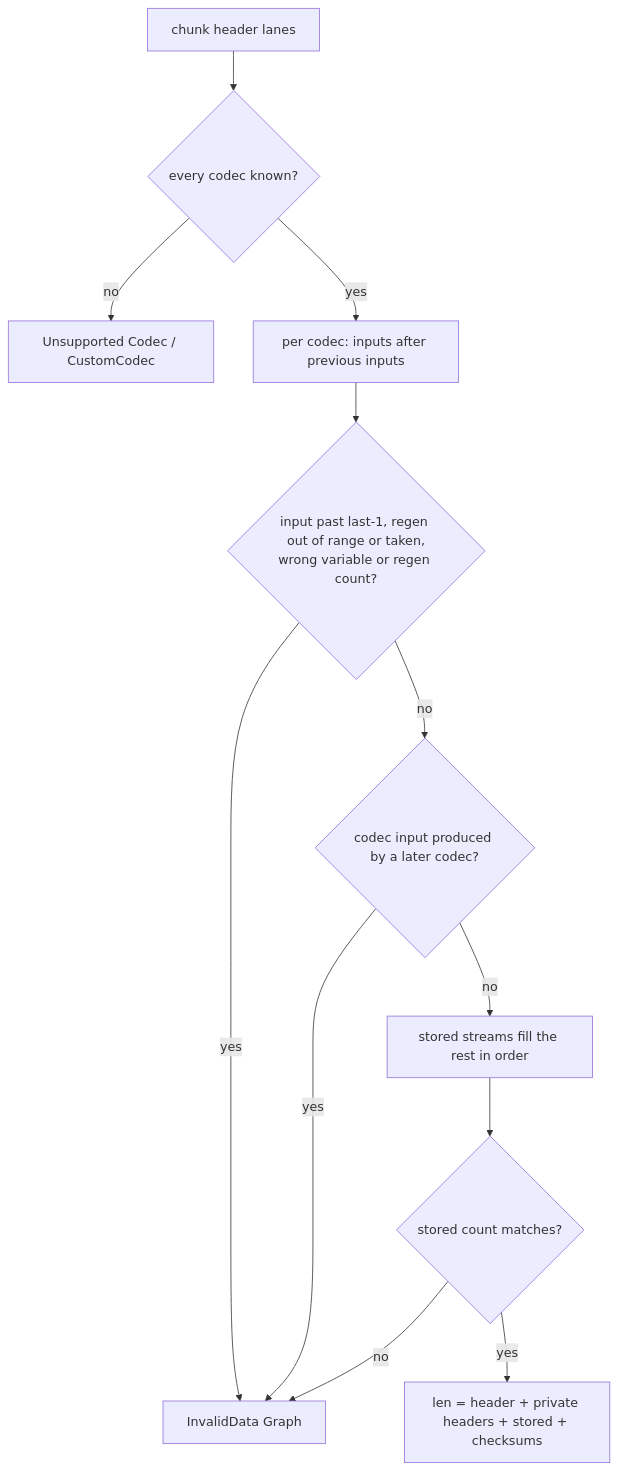
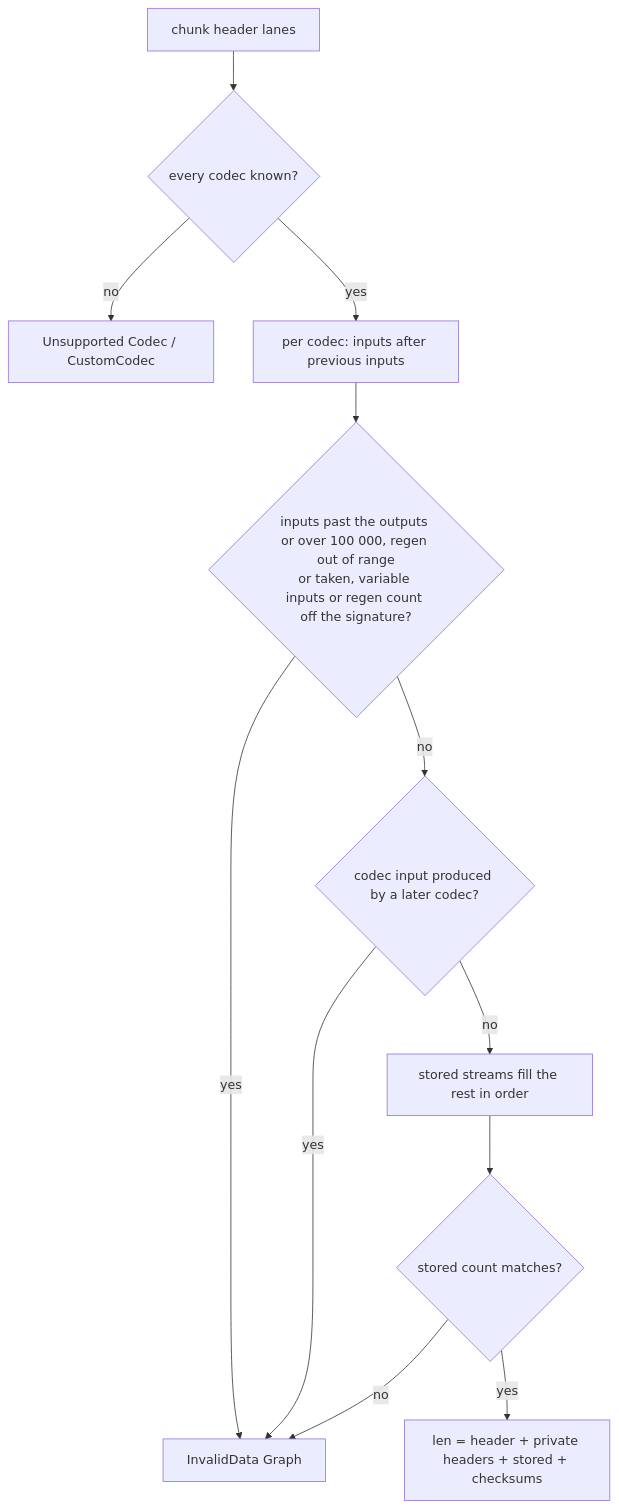
One commit to M-Compressors/mopenzl changed the second of 6 diagrams in architecture/decompressor.md. Above: the diagram before and after it, drawn with Mermaid. The commit also changed other lines of this file and 784 other files, not shown here.

Commit message:
Support graph with all codecs

````diff
--- a/architecture/decompressor.md
+++ b/architecture/decompressor.md
@@ -53,14 +70,14 @@
 ```mermaid
 flowchart TD
     A[chunk header lanes] --> B{every codec known?}
     B -- no --> U[Unsupported Codec / CustomCodec]
     B -- yes --> C[per codec: inputs after previous inputs]
-    C --> D{input past last-1, regen out of range or taken,<br/>wrong variable or regen count?}
+    C --> D{inputs past the outputs or over 100 000, regen out of range<br/>or taken, variable inputs or regen count off the signature?}
     D -- yes --> G[InvalidData Graph]
     D -- no --> E{codec input produced by a later codec?}
     E -- yes --> G
     E -- no --> F[stored streams fill the rest in order]
     F --> H{stored count matches?}
     H -- no --> G
     H -- yes --> L[len = header + private headers + stored + checksums]
 ```
````
